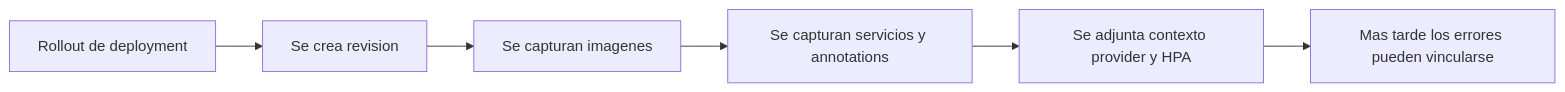
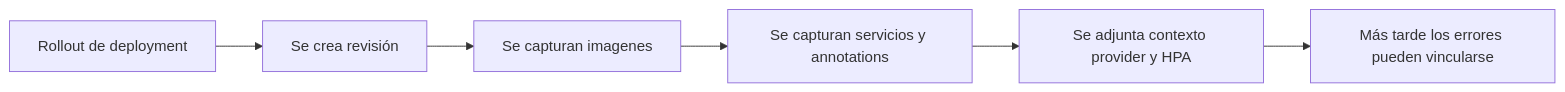
Before and after one commit to Moonin-Lab/Moonin-Docs: the first of 2 diagrams in src/content/docs/es/revisions/index.md, drawn with Mermaid. The commit also changed other lines of this file and 84 other files, not shown here.

````diff
--- a/src/content/docs/es/revisions/index.md
+++ b/src/content/docs/es/revisions/index.md
@@ -21,11 +21,11 @@
 ```mermaid
 flowchart LR
     A[Rollout de deployment]
-    B[Se crea revision]
+    B[Se crea revisión]
     C[Se capturan imagenes]
     D[Se capturan servicios y annotations]
     E[Se adjunta contexto provider y HPA]
-    F[Mas tarde los errores pueden vincularse]
+    F[Más tarde los errores pueden vincularse]
 
     A --> B --> C --> D --> E --> F
 ```
````
